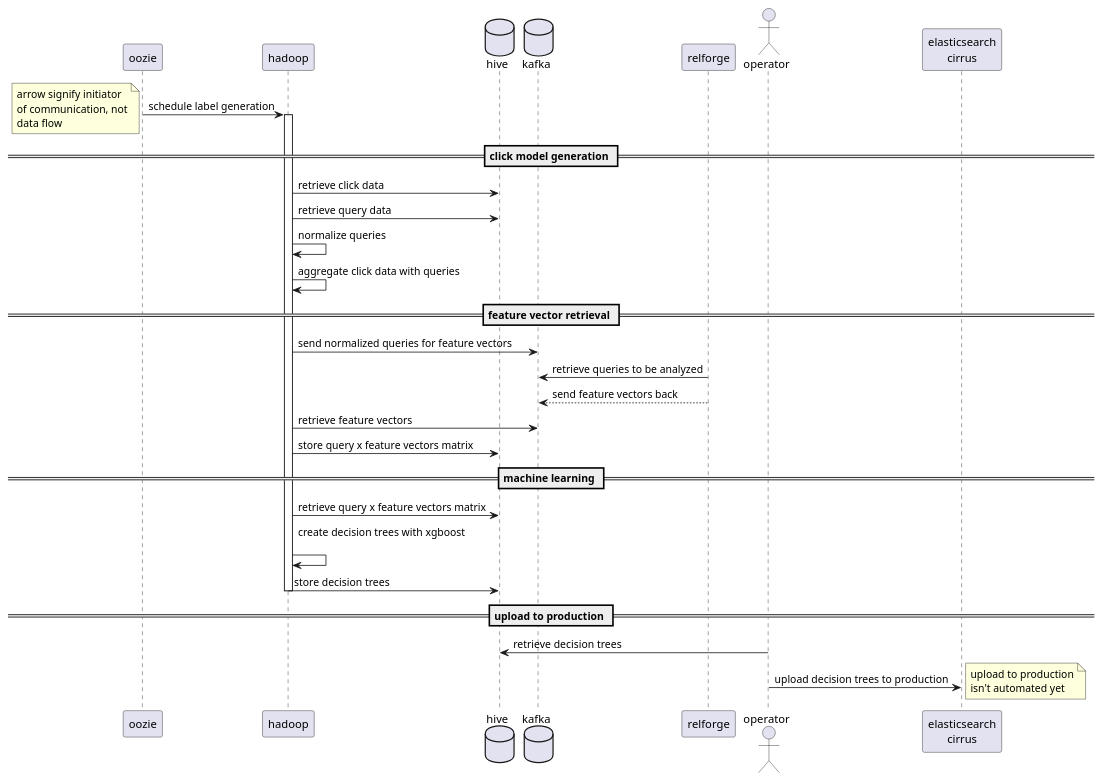
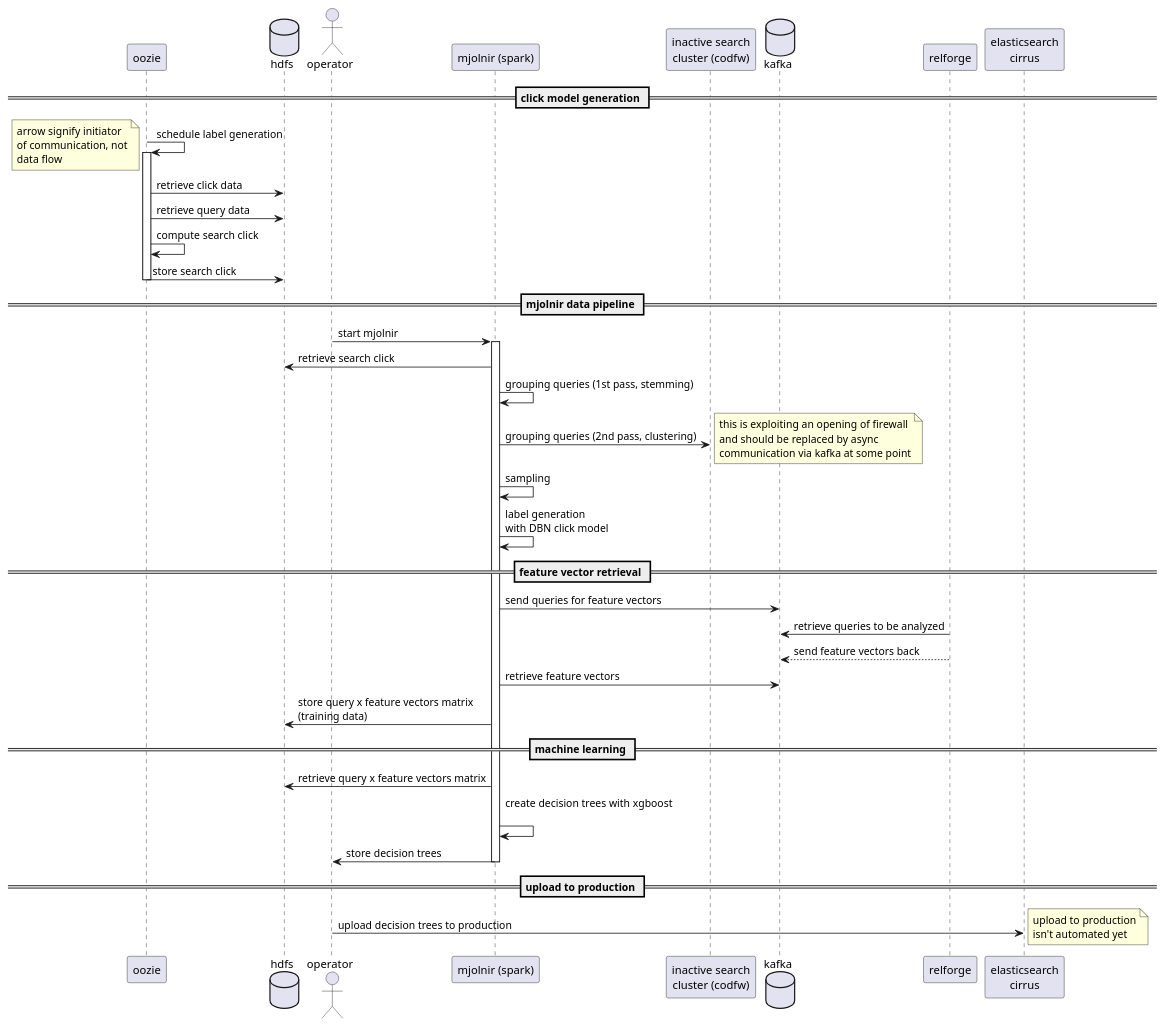
One commit to gehel/notes changed the diagram in elasticsearch/mlr.puml. Above: the diagram before and after it, drawn with PlantUML.

Commit message:
corrections to seq diagram with dcausse

```diff
--- a/elasticsearch/mlr.puml
+++ b/elasticsearch/mlr.puml
@@ -1,46 +1,63 @@
 @startuml
 
-oozie -> hadoop: schedule label generation
+== click model generation ==
+oozie -> oozie: schedule label generation
 
 note left
   arrow signify initiator
   of communication, not
   data flow
 end note
 
-== click model generation ==
-activate hadoop
+activate oozie
 
-database hive
-hadoop -> hive: retrieve click data
-hadoop -> hive: retrieve query data
-hadoop -> hadoop: normalize queries
-hadoop -> hadoop: aggregate click data with queries
+database hdfs
+oozie -> hdfs: retrieve click data
+oozie -> hdfs: retrieve query data
+oozie -> oozie: compute search click
+oozie -> hdfs: store search click
+
+deactivate oozie
+
+== mjolnir data pipeline ==
+actor operator
+
+operator -> "mjolnir (spark)": start mjolnir
+
+activate "mjolnir (spark)"
+"mjolnir (spark)" -> hdfs: retrieve search click
+"mjolnir (spark)" -> "mjolnir (spark)": grouping queries (1st pass, stemming)
+"mjolnir (spark)" -> "inactive search\ncluster (codfw)": grouping queries (2nd pass, clustering)
+note right
+  this is exploiting an opening of firewall
+  and should be replaced by async
+  communication via kafka at some point
+end note
+"mjolnir (spark)" -> "mjolnir (spark)": sampling
+"mjolnir (spark)" -> "mjolnir (spark)": label generation\nwith DBN click model
 
 == feature vector retrieval ==
 database kafka
-hadoop -> kafka: send normalized queries for feature vectors
+"mjolnir (spark)" -> kafka: send queries for feature vectors
 
 relforge -> kafka: retrieve queries to be analyzed
 relforge --> kafka: send feature vectors back
 
-hadoop -> kafka: retrieve feature vectors
-hadoop -> hive: store query x feature vectors matrix
+"mjolnir (spark)" -> kafka: retrieve feature vectors
+"mjolnir (spark)" -> hdfs: store query x feature vectors matrix\n(training data)
 
 == machine learning ==
-hadoop -> hive: retrieve query x feature vectors matrix
-hadoop -> hadoop: create decision trees with xgboost\n
-hadoop -> hive: store decision trees
-deactivate hadoop
+"mjolnir (spark)" -> hdfs: retrieve query x feature vectors matrix
+"mjolnir (spark)" -> "mjolnir (spark)": create decision trees with xgboost\n
+"mjolnir (spark)" -> operator: store decision trees
+deactivate "mjolnir (spark)"
 
 == upload to production ==
-actor operator
 
-operator -> hive: retrieve decision trees
 operator -> "elasticsearch\ncirrus": upload decision trees to production
 note right
  upload to production
  isn't automated yet
 end note
 
 @enduml
```
